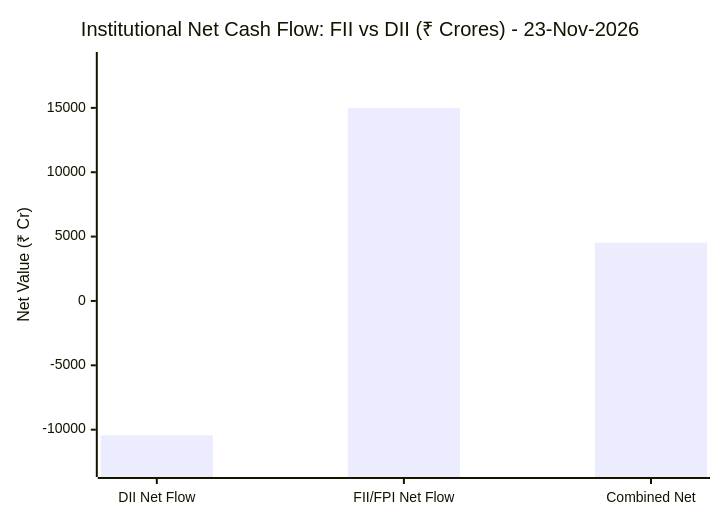
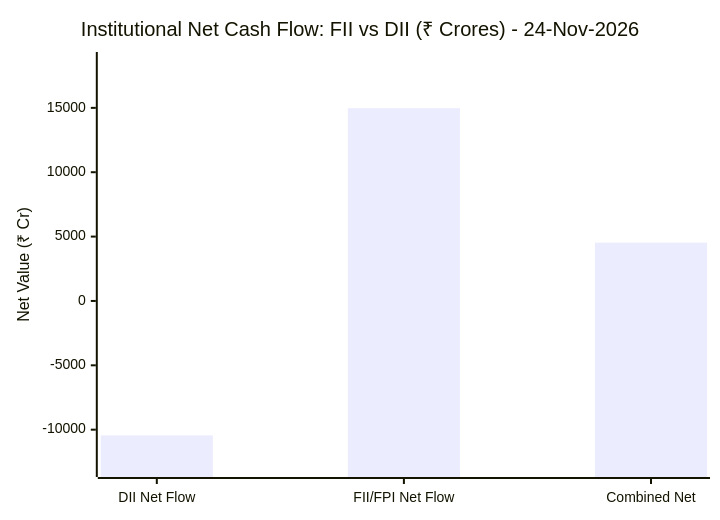
The diagram in market-intelligence/README.md (purnareddy9/dev), drawn with Mermaid before and after one commit. The commit also changed other lines of this file and 3 other files, not shown here.

````diff
--- a/market-intelligence/README.md
+++ b/market-intelligence/README.md
@@ -65,7 +65,7 @@
 ```mermaid
 xychart-beta
-    title "Institutional Net Cash Flow: FII vs DII (₹ Crores) - 23-Nov-2026"
+    title "Institutional Net Cash Flow: FII vs DII (₹ Crores) - 24-Nov-2026"
     x-axis ["DII Net Flow", "FII/FPI Net Flow", "Combined Net"]
     y-axis "Net Value (₹ Cr)" -13055 --> 18718
     bar [-10444.54, 14974.68, 4530.14]
 ```
````
